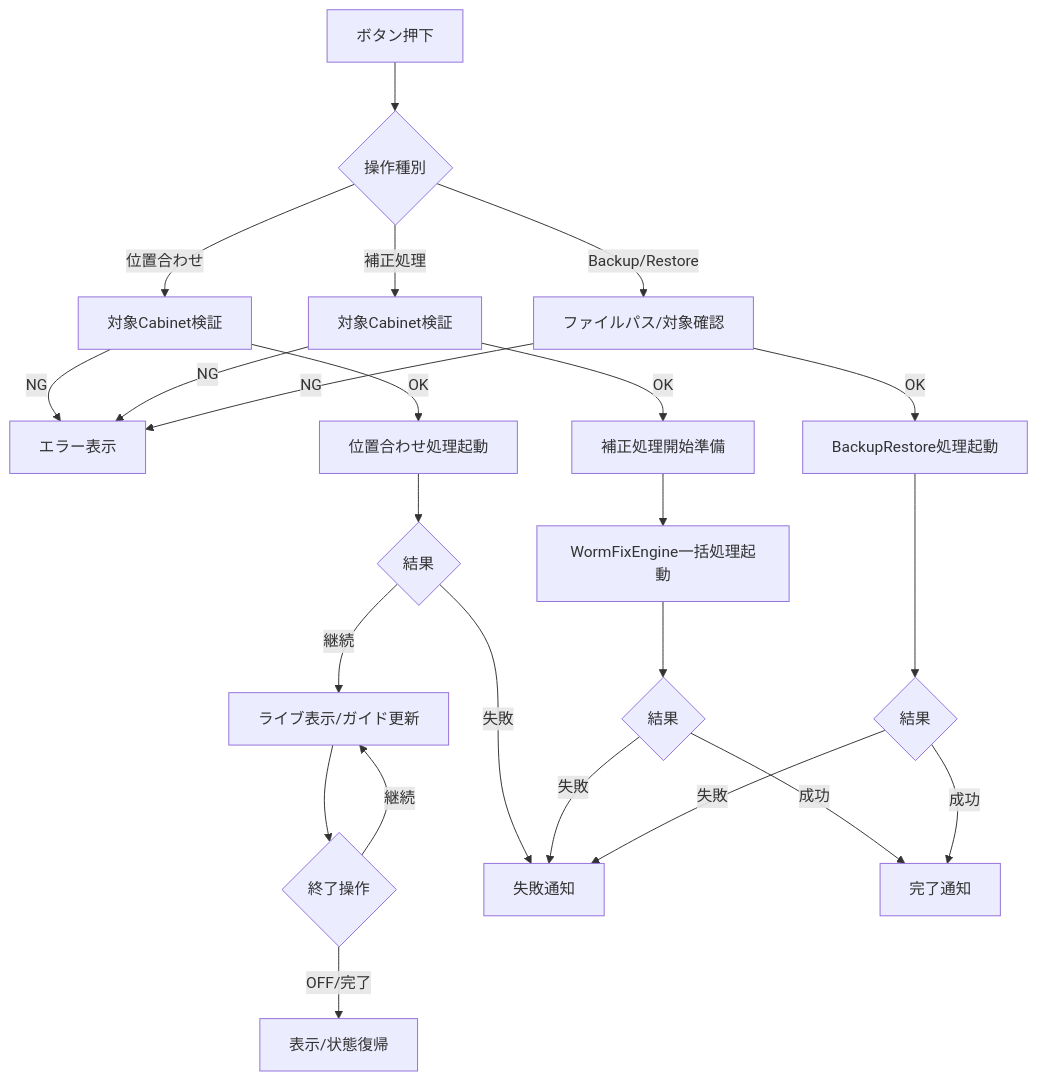
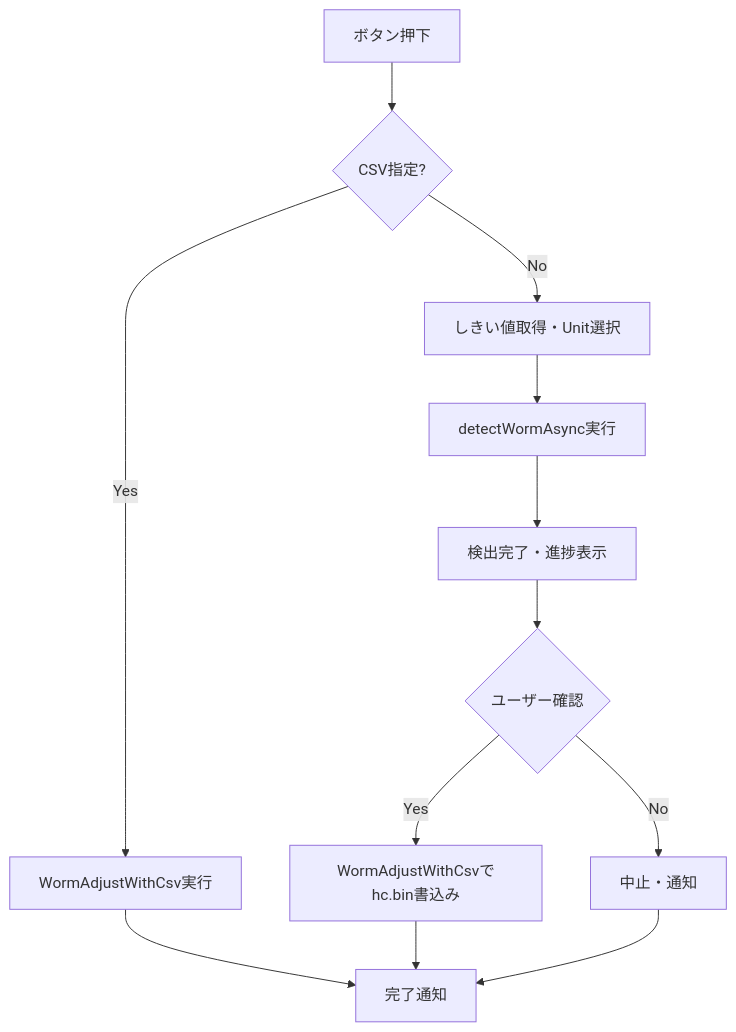
One commit to HottaTakayuki/ColorAlignmentSoftware changed the diagram in docs/02-03.WormFix/WormFix_詳細設計書/04_モジュール仕様_詳細.md. Above: the diagram before and after it, drawn with Mermaid. The commit also changed other lines of this file and 8 other files, not shown here.

````diff
--- a/docs/02-03.WormFix/WormFix_詳細設計書/04_モジュール仕様_詳細.md
+++ b/docs/02-03.WormFix/WormFix_詳細設計書/04_モジュール仕様_詳細.md
@@ -24,26 +24,14 @@
 ```mermaid
 flowchart TD
-    A[ボタン押下] --> B{操作種別}
-    B -->|位置合わせ| C[対象Cabinet検証]
-    C -->|NG| D[エラー表示]
-    C -->|OK| E[位置合わせ処理起動]
-    E --> F{結果}
-    F -->|継続| G[ライブ表示/ガイド更新]
-    G --> H{終了操作}
-    H -->|OFF/完了| I[表示/状態復帰]
-    H -->|継続| G
-    F -->|失敗| J[失敗通知]
-    B -->|補正処理| K[対象Cabinet検証]
-    K -->|NG| D
-    K -->|OK| L[補正処理開始準備]
-    L --> M[WormFixEngine一括処理起動]
-    M --> N{結果}
-    N -->|成功| O[完了通知]
-    N -->|失敗| J
-    B -->|Backup/Restore| X[ファイルパス/対象確認]
-    X -->|NG| D
-    X -->|OK| Y[BackupRestore処理起動]
-    Y --> Z{結果}
-    Z -->|成功| O
-    Z -->|失敗| J
+    A[ボタン押下] --> B{CSV指定?}
+    B -->|Yes| C[WormAdjustWithCsv実行]
+    B -->|No| D[しきい値取得・Unit選択]
+    D --> E[detectWormAsync実行]
+    E --> F[検出完了・進捗表示]
+    F --> G{ユーザー確認}
+    G -->|Yes| H[WormAdjustWithCsvでhc.bin書込み]
+    G -->|No| I[中止・通知]
+    C --> J[完了通知]
+    H --> J
+    I --> J
 ```
````
